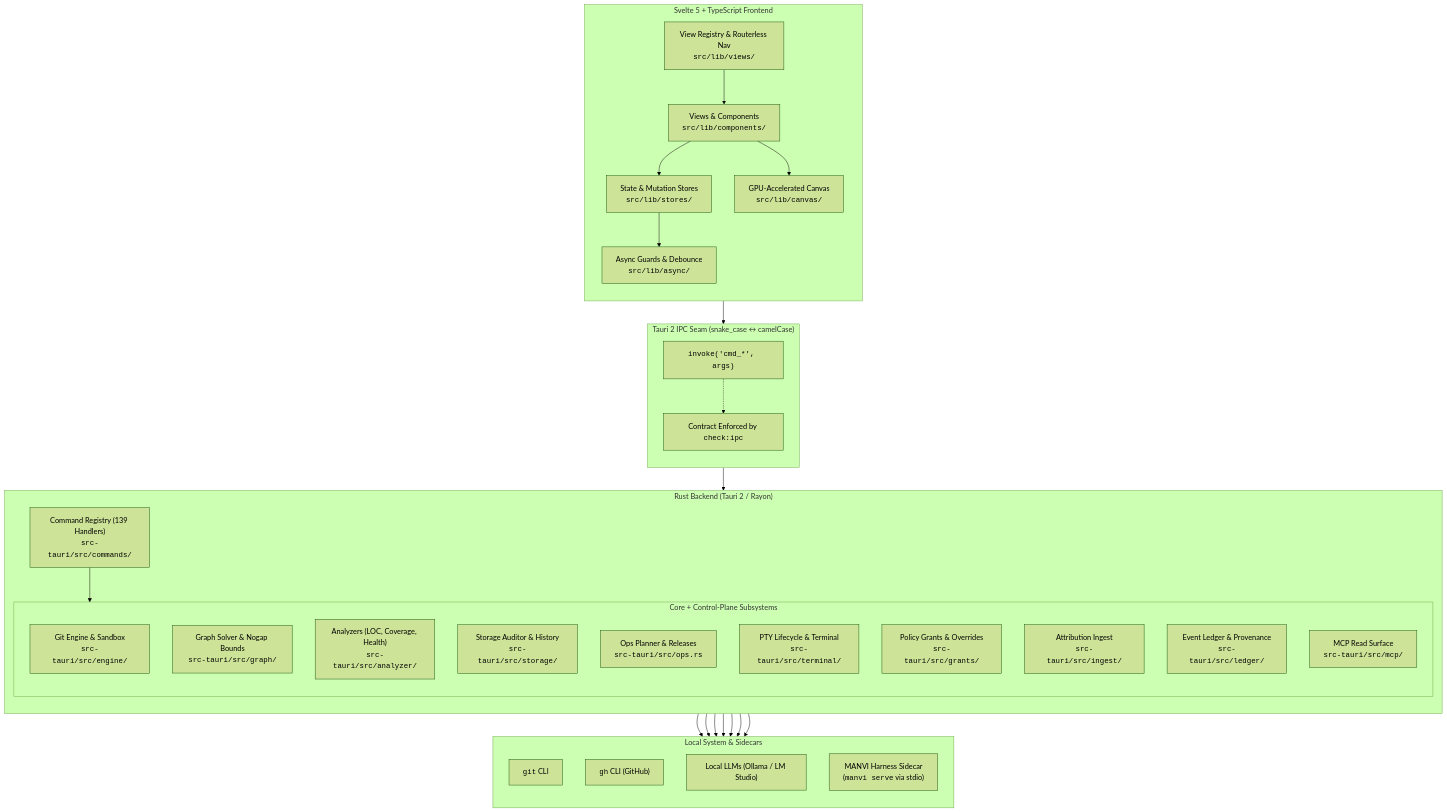
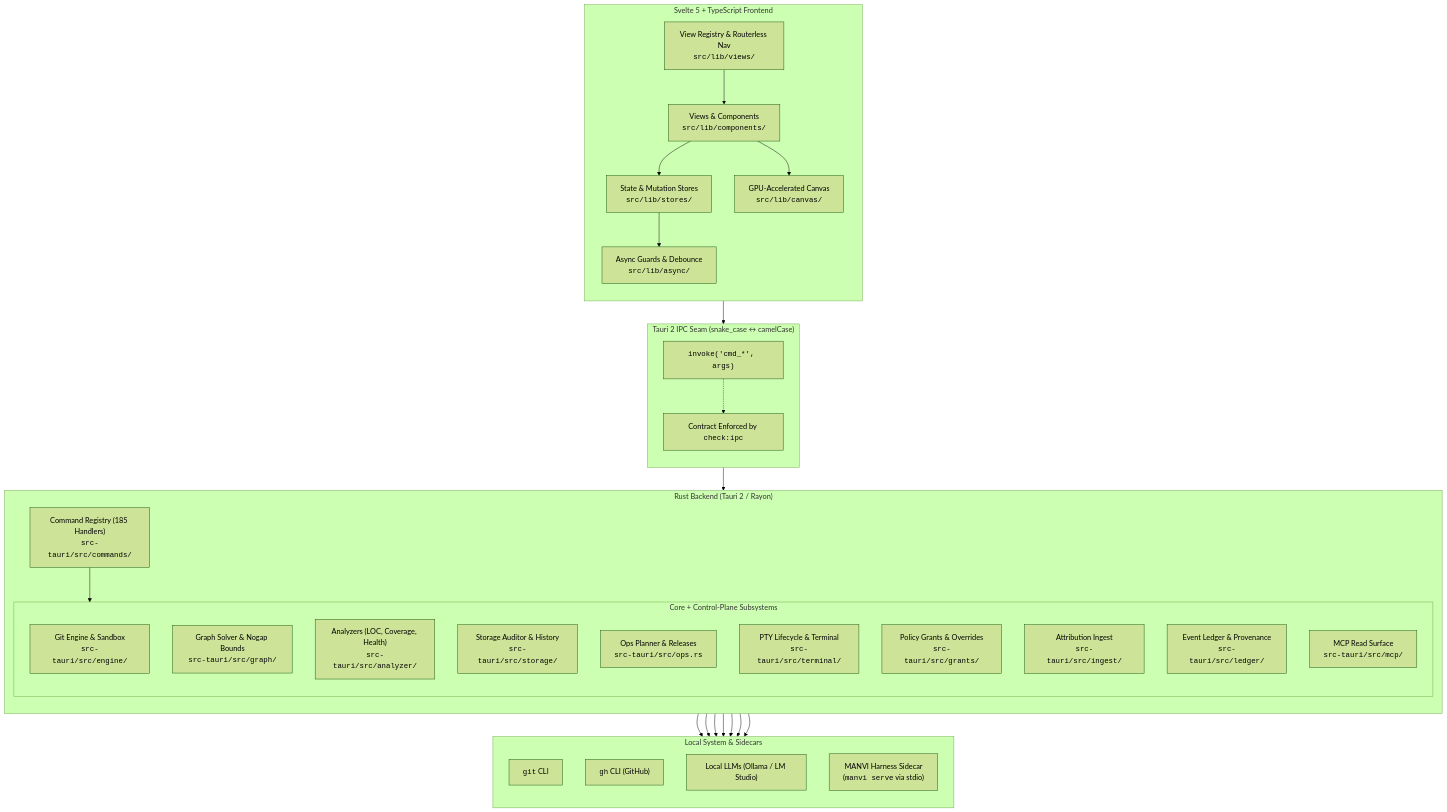
One commit to bharathvbcr/GitPulse changed the first of 4 diagrams in docs/ARCHITECTURE.md. Above: the diagram before and after it, drawn with Mermaid (forest theme). The commit also changed other lines of this file and 388 other files, not shown here.

````diff
--- a/docs/ARCHITECTURE.md
+++ b/docs/ARCHITECTURE.md
@@ -5,61 +5,61 @@
 ```mermaid
 flowchart TB
     subgraph Frontend["Svelte 5 + TypeScript Frontend"]
         direction TB
         UI["Views & Components<br/><code>src/lib/components/</code>"]
         Stores["State & Mutation Stores<br/><code>src/lib/stores/</code>"]
         Registry["View Registry & Routerless Nav<br/><code>src/lib/views/</code>"]
         Canvas["GPU-Accelerated Canvas<br/><code>src/lib/canvas/</code>"]
         Async["Async Guards & Debounce<br/><code>src/lib/async/</code>"]
         
         UI --> Stores
         UI --> Canvas
         Stores --> Async
         Registry --> UI
     end
 
     subgraph IPC["Tauri 2 IPC Seam (snake_case ↔ camelCase)"]
         direction TB
         Invoke["<code>invoke('cmd_*', args)</code>"]
         ContractCheck["Contract Enforced by <code>check:ipc</code>"]
         Invoke -.-> ContractCheck
     end
 
     subgraph Backend["Rust Backend (Tauri 2 / Rayon)"]
         direction TB
-        CmdRegistry["Command Registry (139 Handlers)<br/><code>src-tauri/src/commands/</code>"]
+        CmdRegistry["Command Registry (185 Handlers)<br/><code>src-tauri/src/commands/</code>"]
         
         subgraph Subsystems["Core + Control-Plane Subsystems"]
             GitEngine["Git Engine & Sandbox<br/><code>src-tauri/src/engine/</code>"]
             GraphSolver["Graph Solver & Nogap Bounds<br/><code>src-tauri/src/graph/</code>"]
             Analyzers["Analyzers (LOC, Coverage, Health)<br/><code>src-tauri/src/analyzer/</code>"]
             StorageAuditor["Storage Auditor & History<br/><code>src-tauri/src/storage/</code>"]
             OpsPlanner["Ops Planner & Releases<br/><code>src-tauri/src/ops.rs</code>"]
             PtyTerminal["PTY Lifecycle & Terminal<br/><code>src-tauri/src/terminal/</code>"]
             Grants["Policy Grants & Overrides<br/><code>src-tauri/src/grants/</code>"]
             Ingest["Attribution Ingest<br/><code>src-tauri/src/ingest/</code>"]
             Ledger["Event Ledger & Provenance<br/><code>src-tauri/src/ledger/</code>"]
             MCP["MCP Read Surface<br/><code>src-tauri/src/mcp/</code>"]
         end
         
         CmdRegistry --> Subsystems
     end
 
     subgraph External["Local System & Sidecars"]
         direction TB
         LocalGit["<code>git</code> CLI"]
         LocalGh["<code>gh</code> CLI (GitHub)"]
         LocalLLM["Local LLMs (Ollama / LM Studio)"]
         ManviSidecar["MANVI Harness Sidecar<br/>(<code>manvi serve</code> via stdio)"]
     end
 
     Async --> Invoke
     Invoke --> CmdRegistry
     GitEngine --> LocalGit
     Analyzers --> LocalGit
     Analyzers --> LocalGh
     Analyzers --> LocalLLM
     OpsPlanner --> LocalGh
     OpsPlanner --> ManviSidecar
     Subsystems --> ManviSidecar
 ```
````
